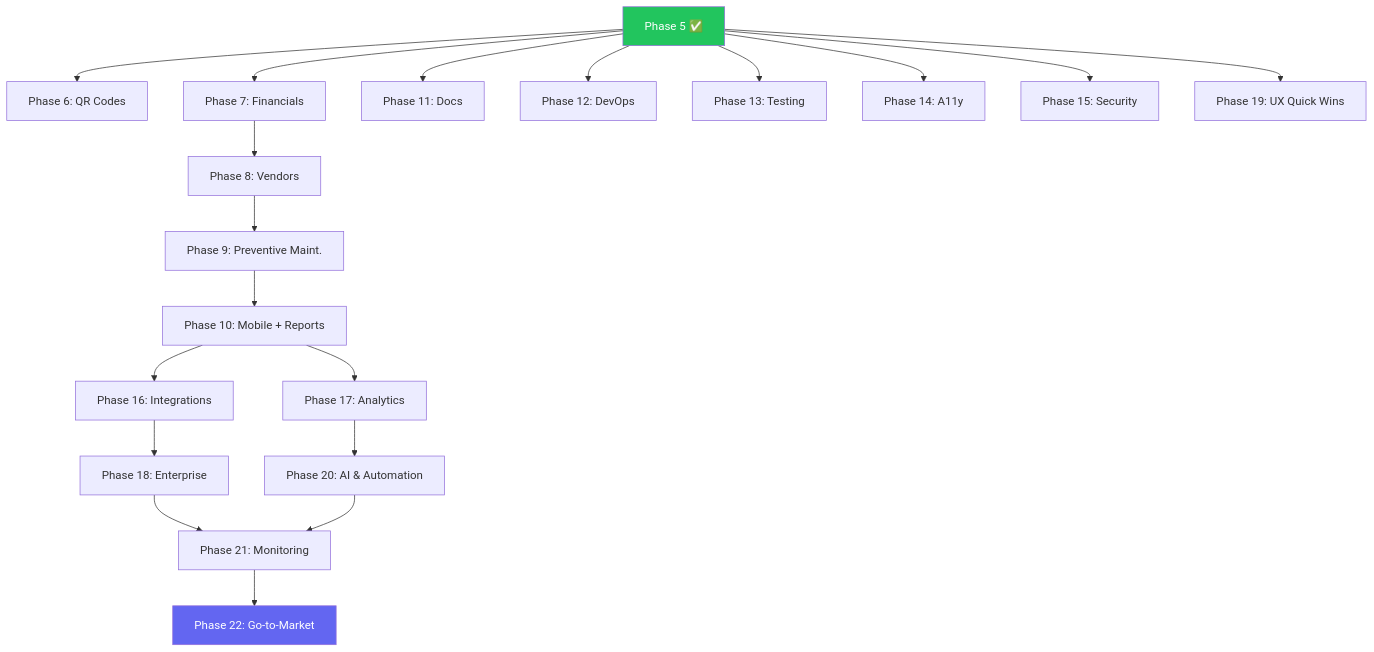
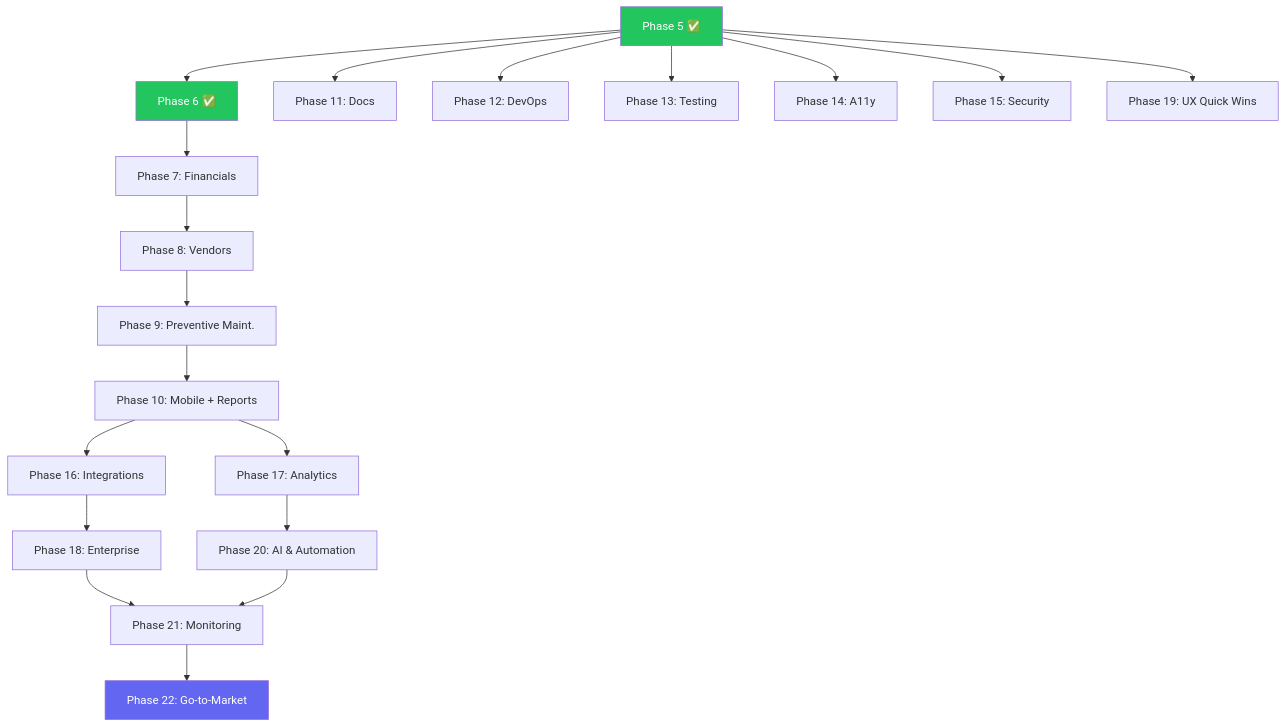
Before and after one commit to santosh-patel18/assetmanager: the diagram in ROADMAP.md, drawn with Mermaid. The commit also changed other lines of this file and 1 other file, not shown here.

First line of the commit message:
docs: update DEVELOPMENT_BRIEF.md and ROADMAP.md to reflect current project status

````diff
--- a/ROADMAP.md
+++ b/ROADMAP.md
@@ -638,26 +627,27 @@
 ```mermaid
 graph TD
-    P5[Phase 5 ✅] --> P6[Phase 6: QR Codes]
-    P5 --> P7[Phase 7: Financials]
+    P5[Phase 5 ✅] --> P6[Phase 6 ✅]
+    P6 --> P7[Phase 7: Financials]
     P7 --> P8[Phase 8: Vendors]
     P8 --> P9[Phase 9: Preventive Maint.]
     P9 --> P10[Phase 10: Mobile + Reports]
     P10 --> P16[Phase 16: Integrations]
     P10 --> P17[Phase 17: Analytics]
     P16 --> P18[Phase 18: Enterprise]
     P17 --> P20[Phase 20: AI & Automation]
     
     P5 --> P11[Phase 11: Docs]
     P5 --> P12[Phase 12: DevOps]
     P5 --> P13[Phase 13: Testing]
     P5 --> P14[Phase 14: A11y]
     P5 --> P15[Phase 15: Security]
     P5 --> P19[Phase 19: UX Quick Wins]
     
     P18 --> P21[Phase 21: Monitoring]
     P20 --> P21
     P21 --> P22[Phase 22: Go-to-Market]
     
     style P5 fill:#22c55e,color:#fff
+    style P6 fill:#22c55e,color:#fff
     style P22 fill:#6366f1,color:#fff
 ```
````
